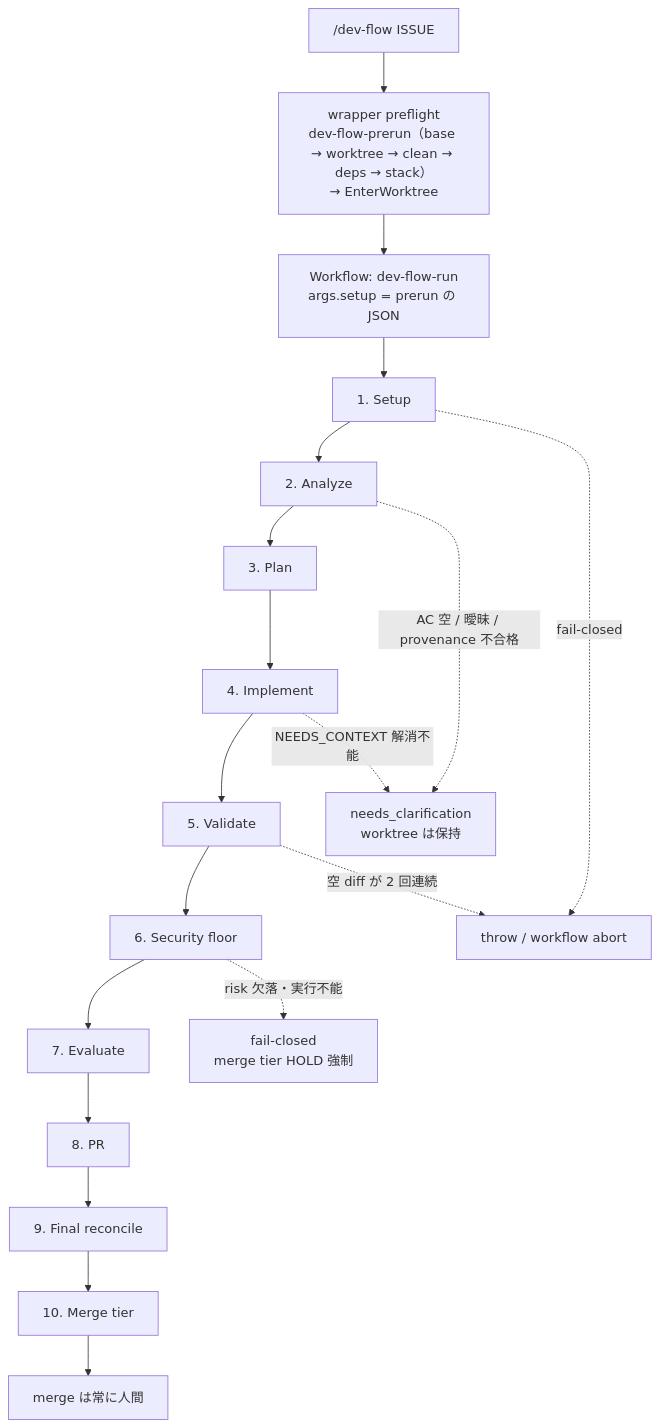
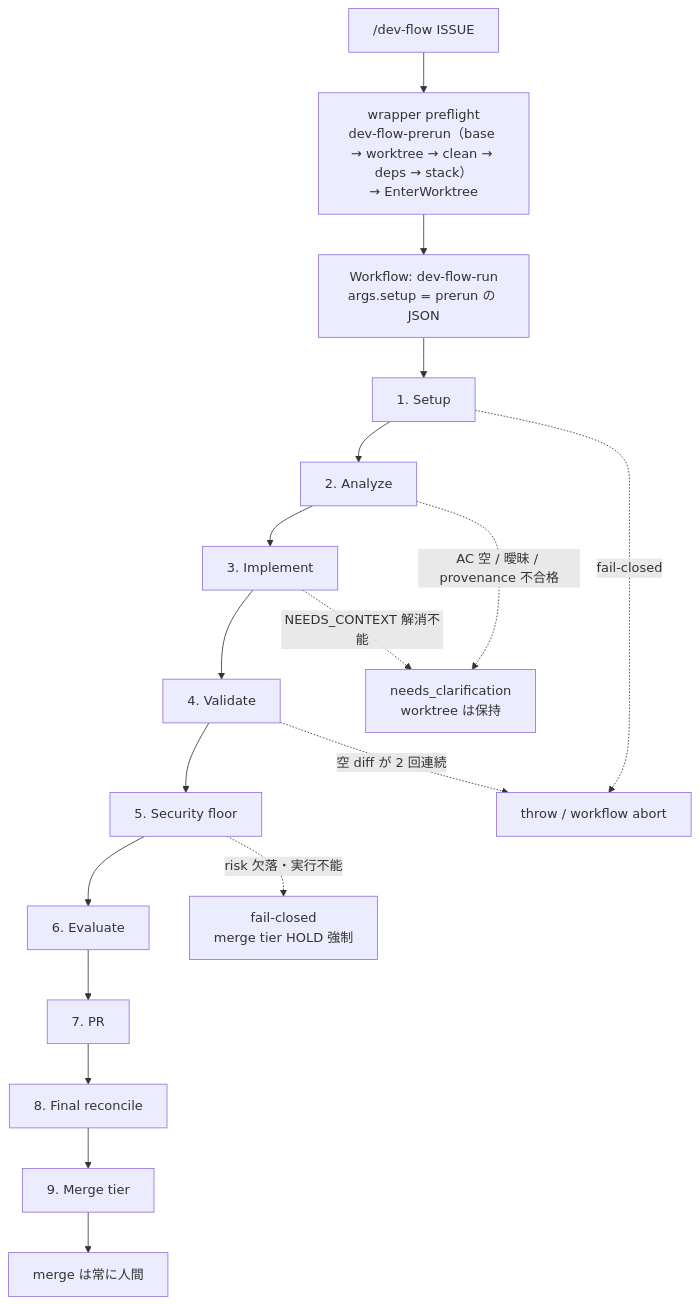
The first of 13 diagrams in docs/dev-flow-atlas.md (it-all-playpark/skills), drawn with Mermaid before and after one commit. The commit also changed other lines of this file and 38 other files, not shown here.

First line of the commit message:
refactor(dev-flow): 空殻化した Plan phase（phase マーカー・plan_iter/plan_verdict telemetry・doctor の cap 判定・関連 test/docs）を削除する (#678) (#687)

````diff
--- a/docs/dev-flow-atlas.md
+++ b/docs/dev-flow-atlas.md
@@ -35,22 +35,21 @@
 ```mermaid
 flowchart TD
     U["/dev-flow ISSUE"] --> PF["wrapper preflight<br/>dev-flow-prerun（base → worktree → clean → deps → stack）<br/>→ EnterWorktree"]
     PF --> W["Workflow: dev-flow-run<br/>args.setup = prerun の JSON"]
     W --> S["1. Setup"]
     S --> A["2. Analyze"]
-    A --> P["3. Plan"]
-    P --> I["4. Implement"]
-    I --> V["5. Validate"]
-    V --> SF["6. Security floor"]
-    SF --> E["7. Evaluate"]
-    E --> R["8. PR"]
-    R --> FR["9. Final reconcile"]
-    FR --> MT["10. Merge tier"]
+    A --> I["3. Implement"]
+    I --> V["4. Validate"]
+    V --> SF["5. Security floor"]
+    SF --> E["6. Evaluate"]
+    E --> R["7. PR"]
+    R --> FR["8. Final reconcile"]
+    FR --> MT["9. Merge tier"]
     MT --> HU["merge は常に人間"]
 
     S -.->|"fail-closed"| AB["throw / workflow abort"]
     V -.->|"空 diff が 2 回連続"| AB
     A -.->|"AC 空 / 曖昧 / provenance 不合格"| NC["needs_clarification<br/>worktree は保持"]
     I -.->|"NEEDS_CONTEXT 解消不能"| NC
     SF -.->|"risk 欠落・実行不能"| FC["fail-closed<br/>merge tier HOLD 強制"]
 ```
````
